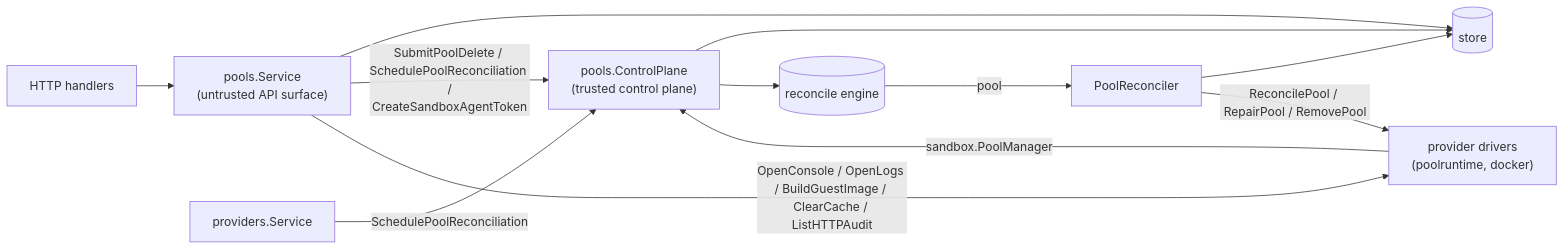
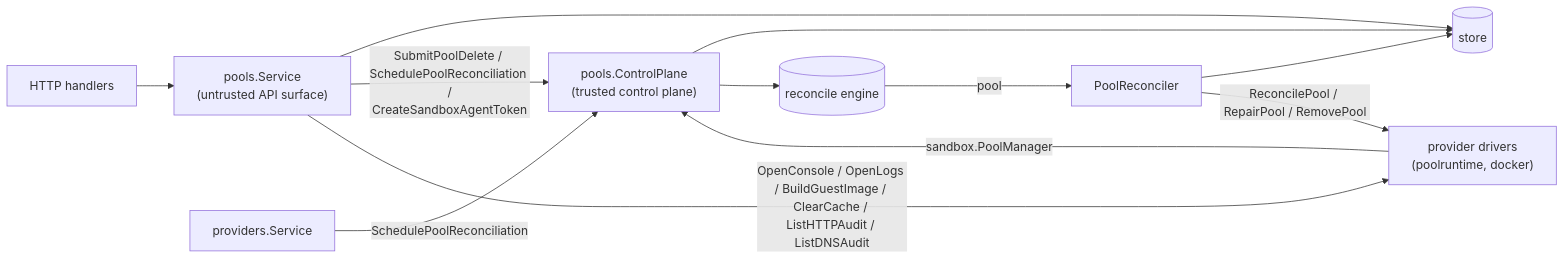
One commit to discobox-ai/discobox changed the diagram in server/internal/resources/pools/DESIGN.md. Above: the diagram before and after it, drawn with Mermaid. The commit also changed other lines of this file and 77 other files, not shown here.

````diff
--- a/server/internal/resources/pools/DESIGN.md
+++ b/server/internal/resources/pools/DESIGN.md
@@ -12,14 +12,14 @@
 ```mermaid
 flowchart LR
     handlers[HTTP handlers] --> svc["pools.Service<br/>(untrusted API surface)"]
     drivers["provider drivers<br/>(poolruntime, docker)"] -- sandbox.PoolManager --> cp["pools.ControlPlane<br/>(trusted control plane)"]
     provsvc[providers.Service] -- SchedulePoolReconciliation --> cp
     svc --> store[(store)]
     svc -- "SubmitPoolDelete / SchedulePoolReconciliation /<br/>CreateSandboxAgentToken" --> cp
-    svc -- "OpenConsole / OpenLogs / BuildGuestImage / ClearCache / ListHTTPAudit" --> drivers
+    svc -- "OpenConsole / OpenLogs / BuildGuestImage / ClearCache / ListHTTPAudit / ListDNSAudit" --> drivers
     cp --> store
     cp --> engine[(reconcile engine)]
     engine -- pool --> rec[PoolReconciler]
     rec --> store
     rec -- "ReconcilePool / RepairPool / RemovePool" --> drivers
 ```
````
